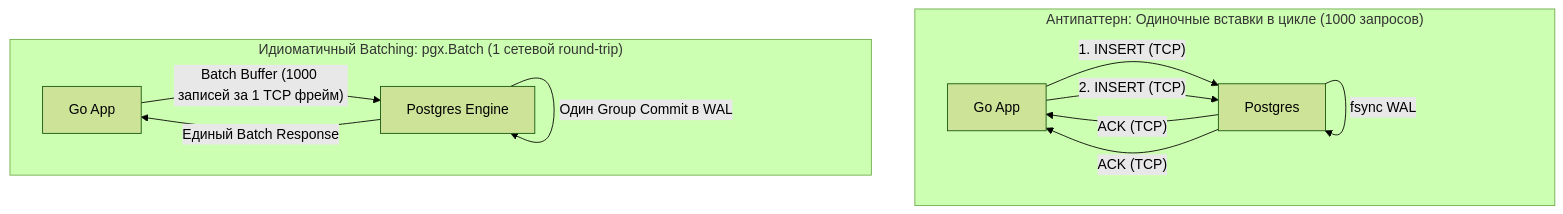
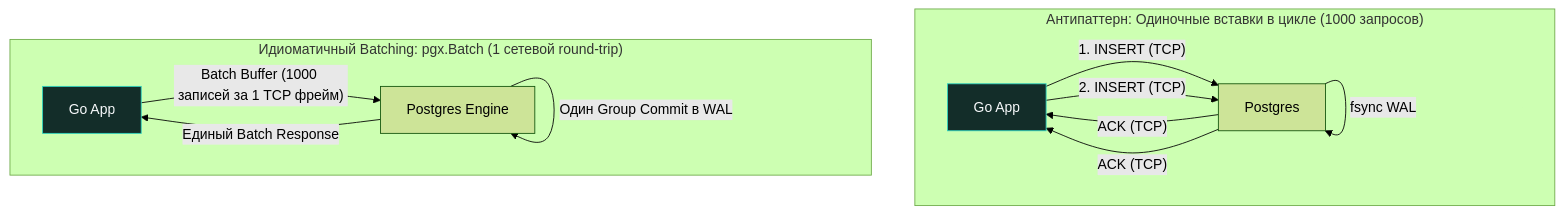
Before and after one commit to UnrealTemplier/go-textbook: the second of 2 diagrams in sources/12. Базы данных/06. PostgreSQL/9. Оптимизация PostgreSQL.md, drawn with Mermaid (forest theme). The commit also changed other lines of this file and 1666 other files, not shown here.

First line of the commit message:
feat(mermaid): add semantic color classDef to 1369 colorless flowchart/graph diagrams

````diff
--- a/sources/12. Базы данных/06. PostgreSQL/9. Оптимизация PostgreSQL.md
+++ b/sources/12. Базы данных/06. PostgreSQL/9. Оптимизация PostgreSQL.md
@@ -90,19 +100,29 @@
 ```mermaid
 flowchart TD
+    classDef process  fill:#1e293b,stroke:#38bdf8,stroke-width:1px,color:#f8fafc
+    classDef success  fill:#064e3b,stroke:#34d399,stroke-width:1px,color:#f8fafc
+    classDef error    fill:#7f1d1d,stroke:#f87171,stroke-width:1px,color:#f8fafc
+    classDef warning  fill:#78350f,stroke:#fbbf24,stroke-width:1px,color:#f8fafc
+    classDef entry    fill:#1e3a5f,stroke:#38bdf8,stroke-width:2px,color:#f8fafc
+    classDef aux      fill:#334155,stroke:#64748b,stroke-width:1px,color:#f8fafc
+    classDef system   fill:#312e81,stroke:#a78bfa,stroke-width:1px,color:#f8fafc
+    classDef data     fill:#132d29,stroke:#2dd4bf,stroke-width:1px,color:#f8fafc
+    classDef network  fill:#881337,stroke:#fb7185,stroke-width:1px,color:#f8fafc
+    classDef accent   fill:#1e1b4b,stroke:#818cf8,stroke-width:1px,color:#f8fafc
     subgraph BadPattern ["Антипаттерн: Одиночные вставки в цикле (1000 запросов)"]
         direction LR
-        G1["Go App"] -->|"1. INSERT (TCP)"| PG1["Postgres"]
+        G1["Go App"]:::data -->|"1. INSERT (TCP)"| PG1["Postgres"]
         PG1 -->|"fsync WAL"| PG1
         PG1 -->|"ACK (TCP)"| G1
         G1 -->|"2. INSERT (TCP)"| PG1
         PG1 -->|"fsync WAL"| PG1
         PG1 -->|"ACK (TCP)"| G1
     end
 
     subgraph GoodPattern ["Идиоматичный Batching: pgx.Batch (1 сетевой round-trip)"]
         direction LR
-        G2["Go App"] -->|"Batch Buffer (1000 записей за 1 TCP фрейм)"| PG2["Postgres Engine"]
+        G2["Go App"]:::data -->|"Batch Buffer (1000 записей за 1 TCP фрейм)"| PG2["Postgres Engine"]
         PG2 -->|"Один Group Commit в WAL"| PG2
         PG2 -->|"Единый Batch Response"| G2
     end
 ```
````
